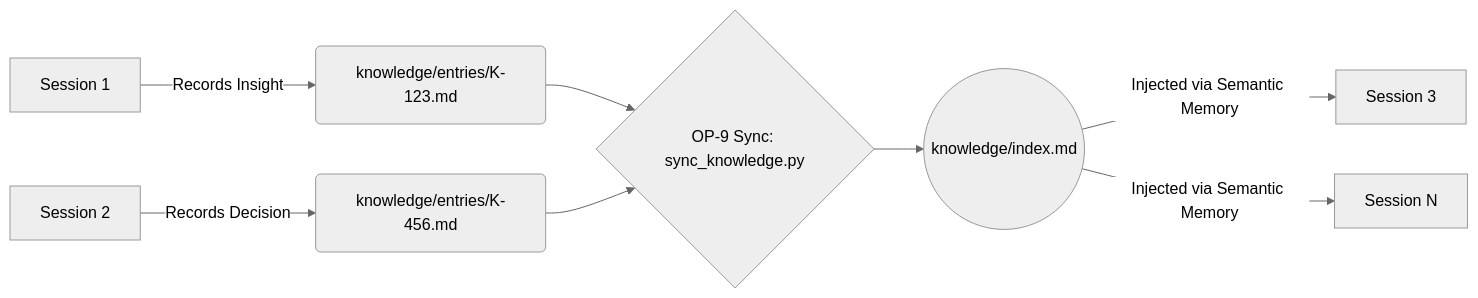
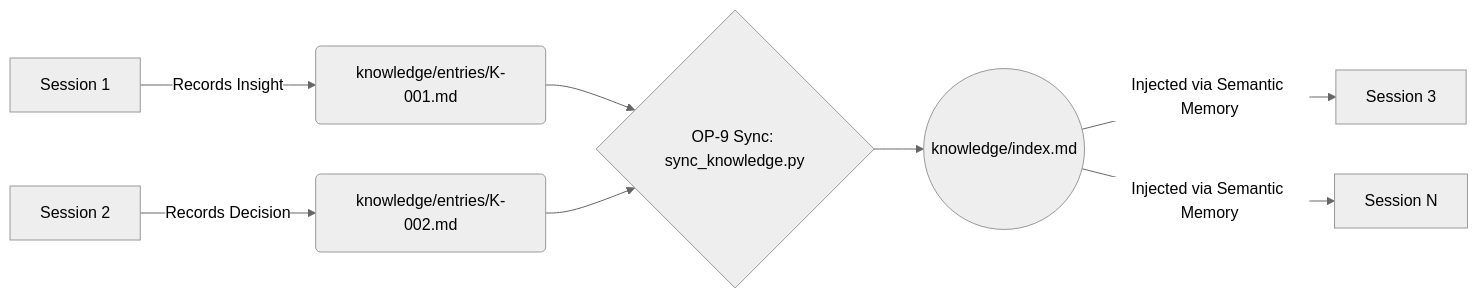
Before and after one commit to emmanuelol/yani-engine: the sixth of 6 diagrams in docs/05-architecture.md, drawn with Mermaid (neutral theme). The commit also changed other lines of this file and 3 other files, not shown here.

Commit message:
docs: Enrich CodeGraph section, update Mermaid diagrams, and align architecture specs

````diff
--- a/docs/05-architecture.md
+++ b/docs/05-architecture.md
@@ -124,13 +143,13 @@
 ```mermaid
 flowchart LR
-    A[Session 1] -->|Records Insight| B(knowledge/entries/K-123.md)
-    C[Session 2] -->|Records Decision| D(knowledge/entries/K-456.md)
+    A[Session 1] -->|Records Insight| B(knowledge/entries/K-001.md)
+    C[Session 2] -->|Records Decision| D(knowledge/entries/K-002.md)
     
     B --> E{OP-9 Sync: sync_knowledge.py}
     D --> E
     
     E --> F((knowledge/index.md))
     
     F -->|Injected via Semantic Memory| G[Session 3]
     F -->|Injected via Semantic Memory| H[Session N]
 ```
````
